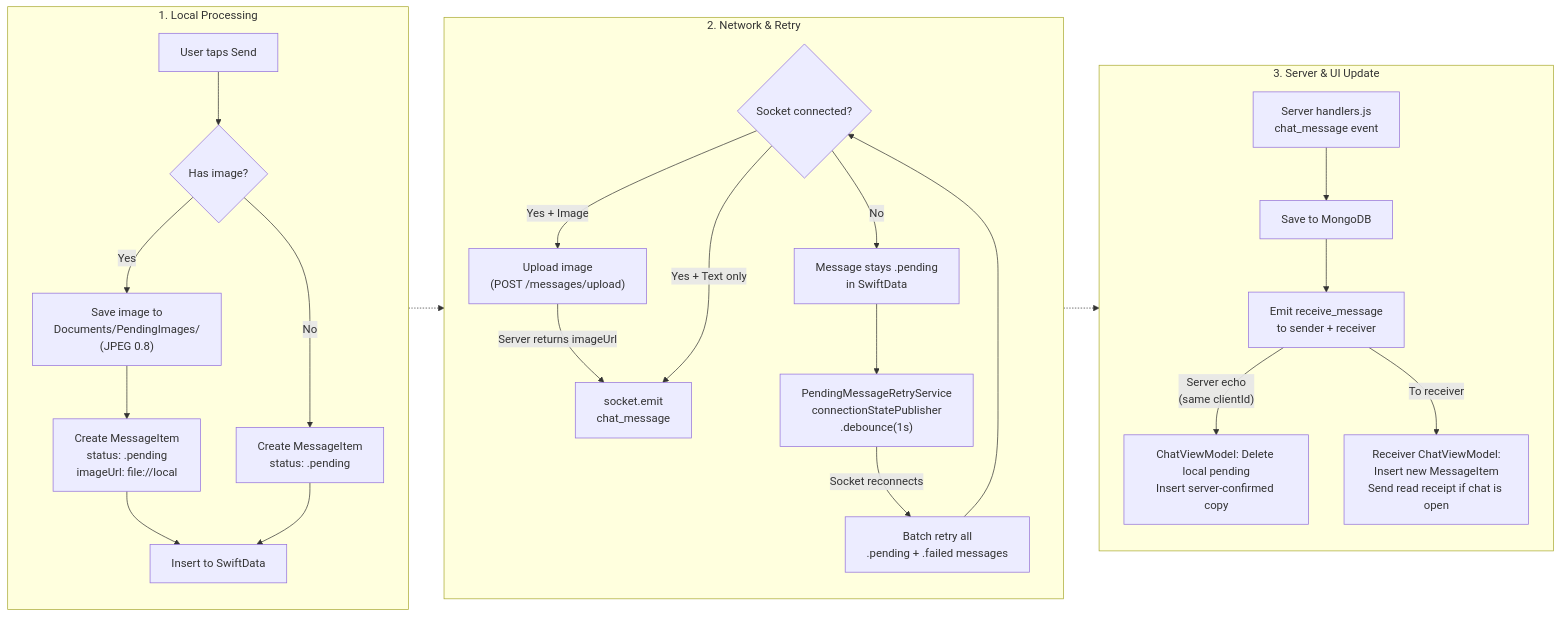
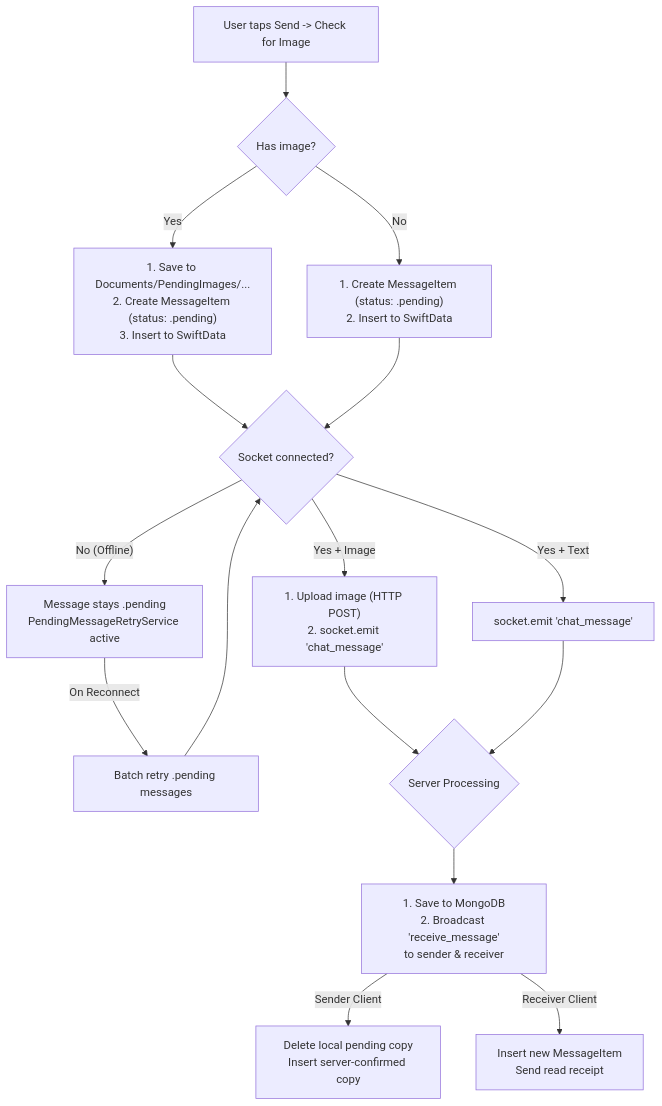
One commit to denizyakar/SoniApp changed the third of 6 diagrams in README.md. Above: the diagram before and after it, drawn with Mermaid. The commit also changed other lines of this file, not shown here.

````diff
--- a/README.md
+++ b/README.md
@@ -168,35 +168,25 @@
 ```mermaid
-flowchart LR
-    subgraph Local [1. Local Processing]
-        direction TB
-        A["User taps Send"] --> B{"Has image?"}
-        B -->|"Yes"| C["Save image to<br>Documents/PendingImages/<br>(JPEG 0.8)"]
-        C --> D["Create MessageItem<br>status: .pending<br>imageUrl: file://local"]
-        B -->|"No"| D2["Create MessageItem<br>status: .pending"]
-        D --> E["Insert to SwiftData"]
-        D2 --> E
-    end
+flowchart TD
+    A["User taps Send -> Check for Image"] --> B{"Has image?"}
 
-    subgraph Network [2. Network & Retry]
-        direction TB
-        F{"Socket connected?"}
-        F -->|"Yes + Image"| G["Upload image<br>(POST /messages/upload)"]
-        G -->|"Server returns imageUrl"| H["socket.emit<br>chat_message"]
-        F -->|"Yes + Text only"| H
-        F -->|"No"| I["Message stays .pending<br>in SwiftData"]
-        I --> J["PendingMessageRetryService<br>connectionStatePublisher<br>.debounce(1s)"]
-        J -->|"Socket reconnects"| K["Batch retry all<br>.pending + .failed messages"]
-        K --> F
-    end
+    B -->|"Yes"| C["1. Save to Documents/PendingImages/...<br>2. Create MessageItem (status: .pending)<br>3. Insert to SwiftData"]
+    B -->|"No"| C2["1. Create MessageItem (status: .pending)<br>2. Insert to SwiftData"]
 
-    subgraph Server [3. Server & UI Update]
-        direction TB
-        L["Server handlers.js<br>chat_message event"] --> M["Save to MongoDB"]
-        M --> N["Emit receive_message<br>to sender + receiver"]
-        N -->|"Server echo<br>(same clientId)"| O["ChatViewModel: Delete local pending<br>Insert server-confirmed copy"]
-        N -->|"To receiver"| P["Receiver ChatViewModel:<br>Insert new MessageItem<br>Send read receipt if chat is open"]
-    end
+    C --> F{"Socket connected?"}
+    C2 --> F
 
-    E -.-> F
-    H -.-> L
+    F -->|"Yes + Image"| G["1. Upload image (HTTP POST)<br>2. socket.emit 'chat_message'"]
+    F -->|"Yes + Text"| H["socket.emit 'chat_message'"]
+
+    F -->|"No (Offline)"| I["Message stays .pending<br>PendingMessageRetryService active"]
+    I -->|"On Reconnect"| K["Batch retry .pending messages"]
+    K --> F
+
+    G --> L{"Server Processing"}
+    H --> L
+
+    L --> M["1. Save to MongoDB<br>2. Broadcast 'receive_message'<br>to sender & receiver"]
+    
+    M -->|"Sender Client"| O["Delete local pending copy<br>Insert server-confirmed copy"]
+    M -->|"Receiver Client"| P["Insert new MessageItem<br>Send read receipt"]
 ```
````
